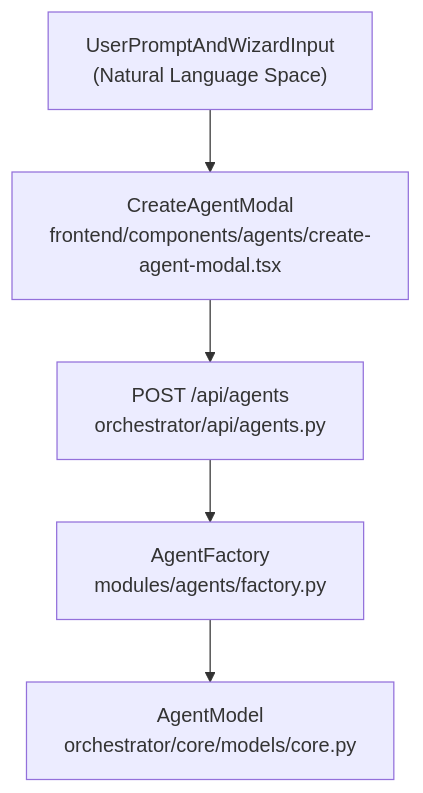
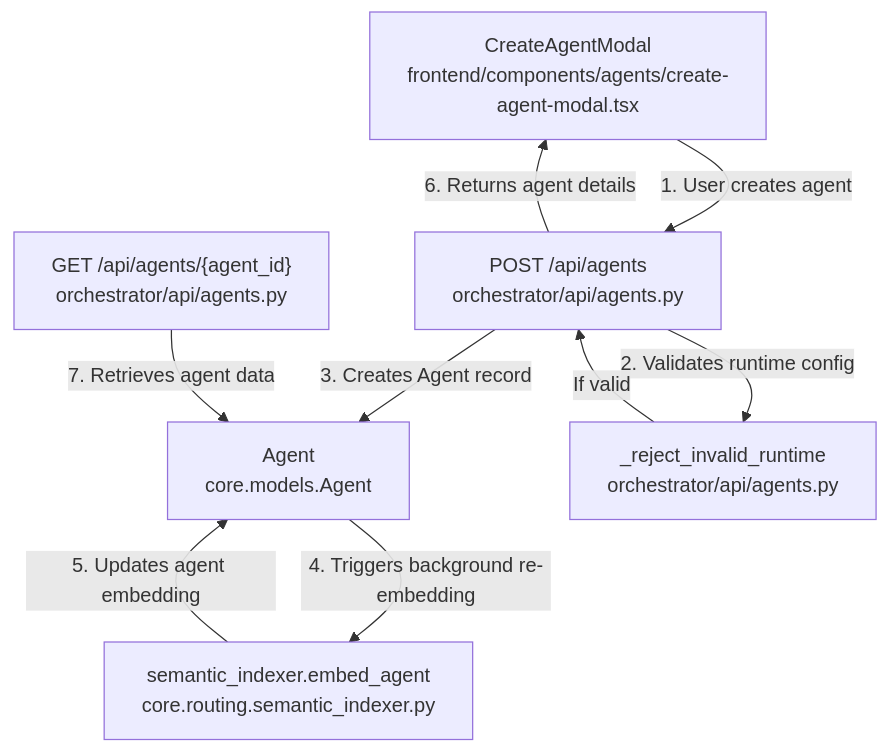
One commit to AutomatosAI/automatos-ai changed the second of 2 diagrams in docs/agents/_index.md. Above: the diagram before and after it, drawn with Mermaid. The commit also changed other lines of this file and 188 other files, not shown here.

First line of the commit message:
docs: refresh architecture docs and add coverage for new subsystems (#1416)

````diff
--- a/docs/agents/_index.md
+++ b/docs/agents/_index.md
@@ -88,7 +159,18 @@
 ```mermaid
-graph TB
-    NLSpace["UserPromptAndWizardInput<br/>(Natural Language Space)"] --> UI["CreateAgentModal<br/>frontend/components/agents/create-agent-modal.tsx"]
-    UI --> API["POST /api/agents<br/>orchestrator/api/agents.py"]
-    API --> Factory["AgentFactory<br/>modules/agents/factory.py"]
-    Factory --> Model["AgentModel<br/>orchestrator/core/models/core.py"]
+graph TD
+    UI["CreateAgentModal<br/>frontend/components/agents/create-agent-modal.tsx"]
+    API_CreateAgent["POST /api/agents<br/>orchestrator/api/agents.py"]
+    API_GetAgentStatus["GET /api/agents/{agent_id}<br/>orchestrator/api/agents.py"]
+    AgentModel["Agent<br/>core.models.Agent"]
+    SemanticIndexer["semantic_indexer.embed_agent<br/>core.routing.semantic_indexer.py"]
+    RuntimeValidator["_reject_invalid_runtime<br/>orchestrator/api/agents.py"]
+    
+    UI -->|"1. User creates agent"| API_CreateAgent
+    API_CreateAgent -->|"2. Validates runtime config"| RuntimeValidator
+    RuntimeValidator -- "If valid" --> API_CreateAgent
+    API_CreateAgent -->|"3. Creates Agent record"| AgentModel
+    AgentModel -->|"4. Triggers background re-embedding"| SemanticIndexer
+    SemanticIndexer -->|"5. Updates agent embedding"| AgentModel
+    API_CreateAgent -->|"6. Returns agent details"| UI
+    API_GetAgentStatus -->|"7. Retrieves agent data"| AgentModel
 ```
````
